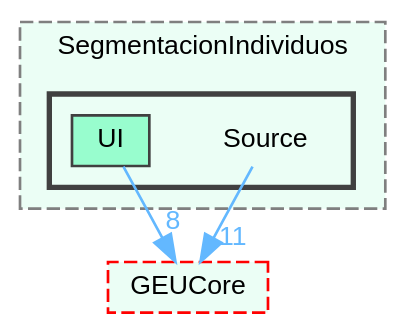
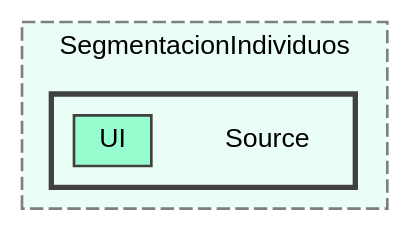
One commit to GGGJaen/GGGJaen.github.io changed the diagram in DevDocs/dir_8e6161e8534bd045af52f4042b52fc5e_dep.dot. Above: the diagram before and after it, drawn with Graphviz. The commit also changed 503 other files, not shown here.

```diff
--- a/DevDocs/dir_8e6161e8534bd045af52f4042b52fc5e_dep.dot
+++ b/DevDocs/dir_8e6161e8534bd045af52f4042b52fc5e_dep.dot
@@ -1,19 +1,16 @@
 digraph "C:/GEU/GEUModules/SegmentacionIndividuos/Source"
 {
  // LATEX_PDF_SIZE
   bgcolor="transparent";
   edge [fontname=Helvetica,fontsize=10,labelfontname=Helvetica,labelfontsize=10];
   node [fontname=Helvetica,fontsize=10,shape=box,height=0.2,width=0.4];
   compound=true
   subgraph clusterdir_f7c8e4a992185da6f82f0cffbd04253f {
     graph [ bgcolor="#ebfef5", pencolor="grey50", label="SegmentacionIndividuos", fontname=Helvetica,fontsize=10 style="filled,dashed", URL="dir_f7c8e4a992185da6f82f0cffbd04253f.html",tooltip=""]
   subgraph clusterdir_8e6161e8534bd045af52f4042b52fc5e {
     graph [ bgcolor="#ebfef5", pencolor="grey25", label="", fontname=Helvetica,fontsize=10 style="filled,bold", URL="dir_8e6161e8534bd045af52f4042b52fc5e.html",tooltip=""]
     dir_8e6161e8534bd045af52f4042b52fc5e [shape=plaintext, label="Source"];
   dir_fbd0987198d13f95aeec9dfb06033ef9 [label="UI", fillcolor="#98fdce", color="grey25", style="filled", URL="dir_fbd0987198d13f95aeec9dfb06033ef9.html",tooltip=""];
   }
   }
-  dir_27e7292ccf631aad9354b9464cb90a84 [label="GEUCore", fillcolor="#ebfef5", color="red", style="filled,dashed", URL="dir_27e7292ccf631aad9354b9464cb90a84.html",tooltip=""];
-  dir_8e6161e8534bd045af52f4042b52fc5e->dir_27e7292ccf631aad9354b9464cb90a84 [headlabel="11", labeldistance=1.5 headhref="dir_000041_000015.html" href="dir_000041_000015.html" color="steelblue1" fontcolor="steelblue1"];
-  dir_fbd0987198d13f95aeec9dfb06033ef9->dir_27e7292ccf631aad9354b9464cb90a84 [headlabel="8", labeldistance=1.5 headhref="dir_000053_000015.html" href="dir_000053_000015.html" color="steelblue1" fontcolor="steelblue1"];
 }
```
